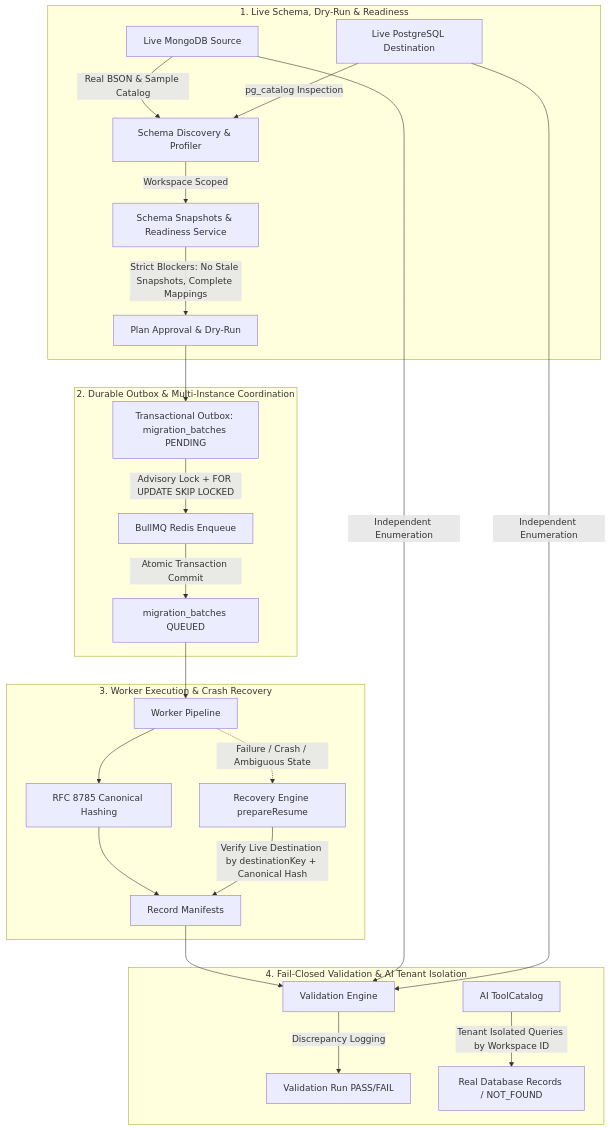
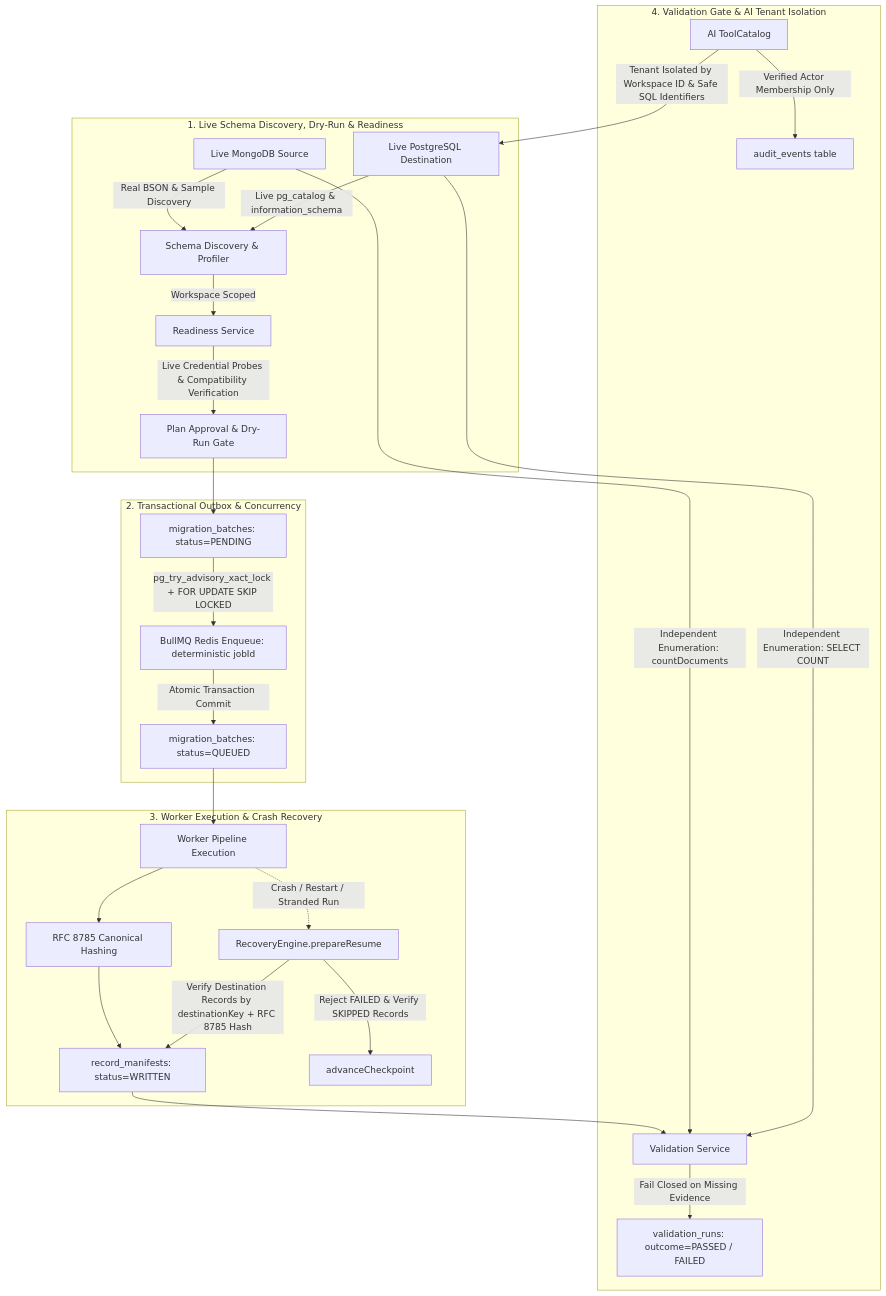
Before and after one commit to shivkantdhakre/migration-guard: the diagram in AUDIT_REMEDIATION_REPORT.md, drawn with Mermaid. The commit also changed other lines of this file, not shown here.

Commit message:
docs: update consolidated report with commit 157cdfa and green CI verification details

````diff
--- a/AUDIT_REMEDIATION_REPORT.md
+++ b/AUDIT_REMEDIATION_REPORT.md
@@ -33,31 +37,33 @@
 ```mermaid
 flowchart TD
-    subgraph Ingestion_and_Readiness["1. Live Schema, Dry-Run & Readiness"]
-        A[Live MongoDB Source] -->|Real BSON & Sample Catalog| B[Schema Discovery & Profiler]
-        C[Live PostgreSQL Destination] -->|pg_catalog Inspection| B
-        B -->|Workspace Scoped| D[Schema Snapshots & Readiness Service]
-        D -->|Strict Blockers: No Stale Snapshots, Complete Mappings| E[Plan Approval & Dry-Run]
+    subgraph Phase1["1. Live Schema Discovery, Dry-Run & Readiness"]
+        SrcDB[Live MongoDB Source] -->|Real BSON & Sample Discovery| Discovery[Schema Discovery & Profiler]
+        DstDB[Live PostgreSQL Destination] -->|Live pg_catalog & information_schema| Discovery
+        Discovery -->|Workspace Scoped| Readiness[Readiness Service]
+        Readiness -->|Live Credential Probes & Compatibility Verification| PlanGate[Plan Approval & Dry-Run Gate]
     end
 
-    subgraph Outbox_and_Coordination["2. Durable Outbox & Multi-Instance Coordination"]
-        E --> F[Transactional Outbox: migration_batches PENDING]
-        F -->|Advisory Lock + FOR UPDATE SKIP LOCKED| G[BullMQ Redis Enqueue]
-        G -->|Atomic Transaction Commit| H[migration_batches QUEUED]
+    subgraph Phase2["2. Transactional Outbox & Concurrency"]
+        PlanGate --> OutboxPending[migration_batches: status=PENDING]
+        OutboxPending -->|pg_try_advisory_xact_lock + FOR UPDATE SKIP LOCKED| BullMQDispatch[BullMQ Redis Enqueue: deterministic jobId]
+        BullMQDispatch -->|Atomic Transaction Commit| OutboxQueued[migration_batches: status=QUEUED]
     end
 
-    subgraph Worker_and_Reconciliation["3. Worker Execution & Crash Recovery"]
-        H --> I[Worker Pipeline]
-        I --> J[RFC 8785 Canonical Hashing]
-        J --> K[Record Manifests]
-        I -.->|Failure / Crash / Ambiguous State| L[Recovery Engine prepareResume]
-        L -->|Verify Live Destination by destinationKey + Canonical Hash| K
+    subgraph Phase3["3. Worker Execution & Crash Recovery"]
+        OutboxQueued --> WorkerPipeline[Worker Pipeline Execution]
+        WorkerPipeline --> CanonicalHash[RFC 8785 Canonical Hashing]
+        CanonicalHash --> ManifestTracker[record_manifests: status=WRITTEN]
+        WorkerPipeline -.->|Crash / Restart / Stranded Run| RecoveryEngine[RecoveryEngine.prepareResume]
+        RecoveryEngine -->|Verify Destination Records by destinationKey + RFC 8785 Hash| ManifestTracker
+        RecoveryEngine -->|Reject FAILED & Verify SKIPPED Records| CheckpointManager[advanceCheckpoint]
     end
 
-    subgraph Validation_and_Isolation["4. Fail-Closed Validation & AI Tenant Isolation"]
-        K --> M[Validation Engine]
-        A -->|Independent Enumeration| M
-        C -->|Independent Enumeration| M
-        M -->|Discrepancy Logging| N[Validation Run PASS/FAIL]
-        O[AI ToolCatalog] -->|Tenant Isolated Queries by Workspace ID| P[Real Database Records / NOT_FOUND]
+    subgraph Phase4["4. Validation Gate & AI Tenant Isolation"]
+        ManifestTracker --> ValidationService[Validation Service]
+        SrcDB -->|Independent Enumeration: countDocuments| ValidationService
+        DstDB -->|Independent Enumeration: SELECT COUNT| ValidationService
+        ValidationService -->|Fail Closed on Missing Evidence| ValidationRun[validation_runs: outcome=PASSED / FAILED]
+        AIToolCatalog[AI ToolCatalog] -->|Tenant Isolated by Workspace ID & Safe SQL Identifiers| DstDB
+        AIToolCatalog -->|Verified Actor Membership Only| AuditEvents[audit_events table]
     end
 ```
````
